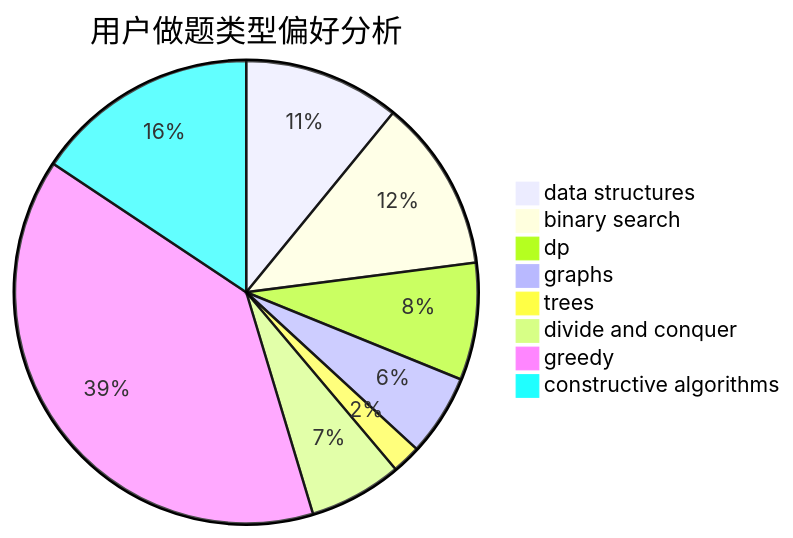
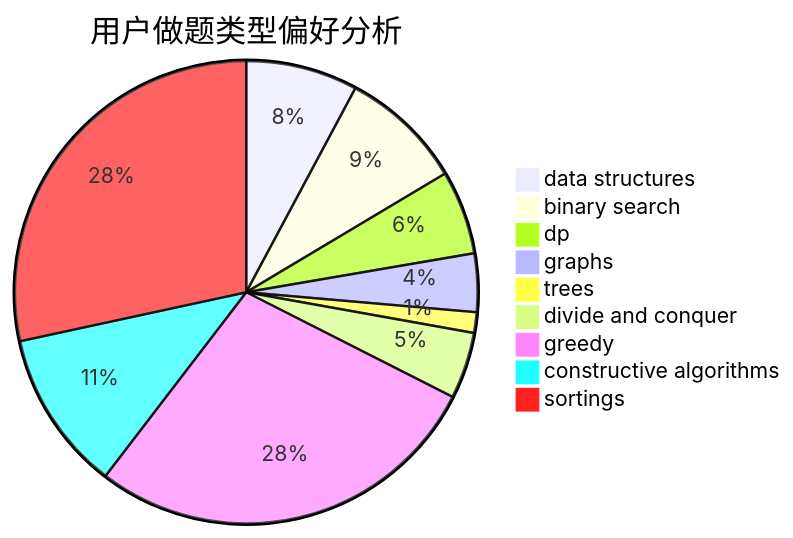
The second of 3 diagrams in docs/user/u459.md (sherpahu/cfrs.github.io), drawn with Mermaid before and after one commit. The commit also changed other lines of this file and 2769 other files, not shown here.

````diff
--- a/docs/user/u459.md
+++ b/docs/user/u459.md
@@ -23,11 +18,12 @@
 ```mermaid
 pie title 用户做题类型偏好分析
     "data structures" :  136
     "binary search" :  150
     "dp" :  102
     "graphs" :  71
     "trees" :  25
     "divide and conquer" :  81
     "greedy" :  486
     "constructive algorithms" :  195
+    "sortings" :  494
 ```
````
